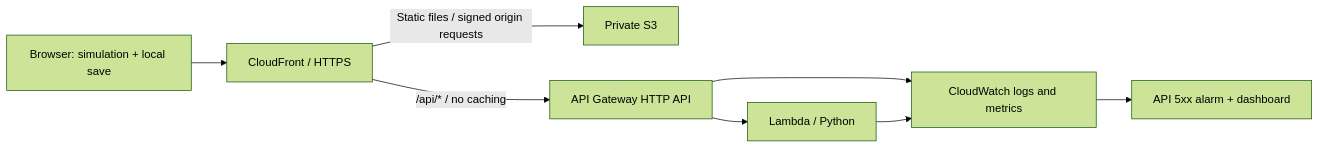
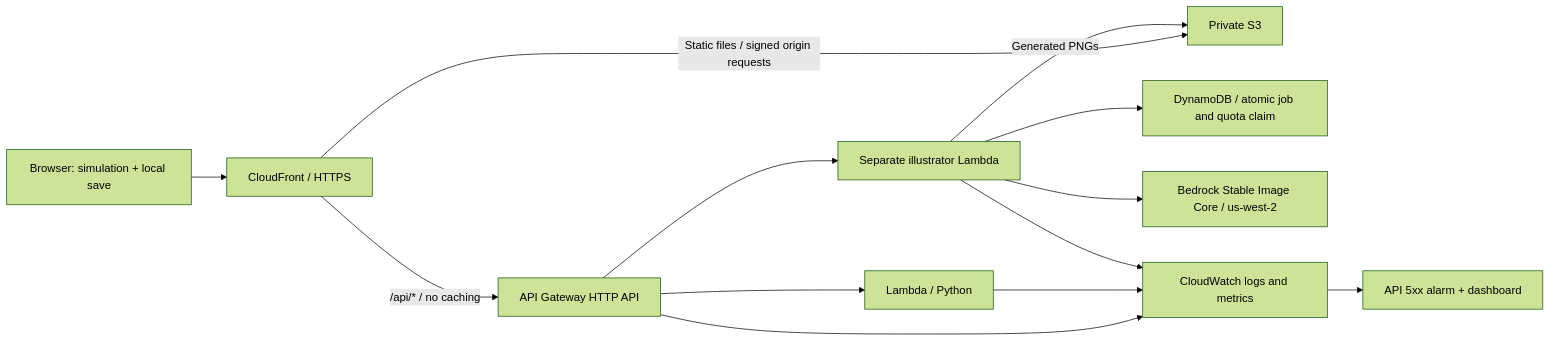
Before and after one commit to lakotacamp/aws-cloudops-security-lab: the diagram in README.md, drawn with Mermaid (forest theme). The commit also changed other lines of this file and 5 other files, not shown here.

````diff
--- a/README.md
+++ b/README.md
@@ -50,10 +50,15 @@
 ```mermaid
 flowchart LR
     Browser[Browser: simulation + local save] --> Edge[CloudFront / HTTPS]
     Edge -->|Static files / signed origin requests| Bucket[Private S3]
     Edge -->|/api/* / no caching| API[API Gateway HTTP API]
     API --> Function[Lambda / Python]
+    API --> Illustrator[Separate illustrator Lambda]
+    Illustrator --> Jobs[DynamoDB / atomic job and quota claim]
+    Illustrator --> Model[Bedrock Stable Image Core / us-west-2]
+    Illustrator -->|Generated PNGs| Bucket
     API --> Logs[CloudWatch logs and metrics]
     Function --> Logs
+    Illustrator --> Logs
     Logs --> Alarm[API 5xx alarm + dashboard]
 ```
````
